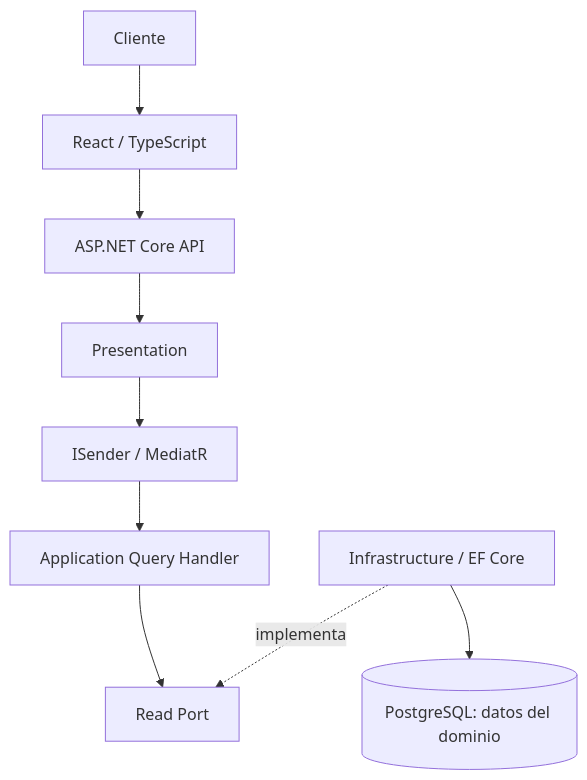
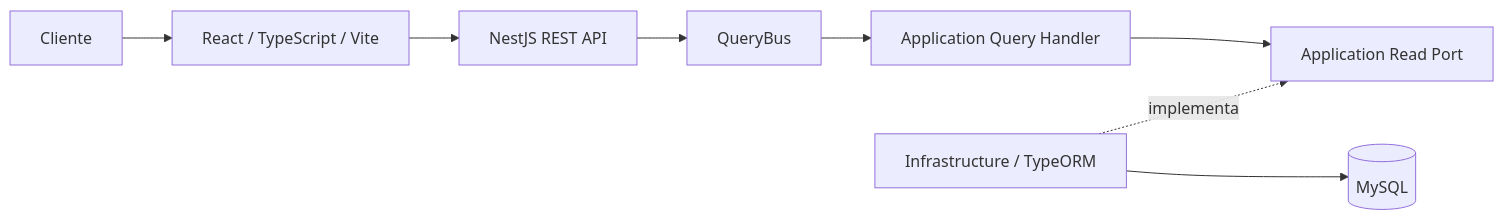
Before and after one commit to cromaticacreativa/project-cromaticacreativa-web: the first of 7 diagrams in docs/ARCHITECTURE.md, drawn with Mermaid. The commit also changed other lines of this file and 276 other files, not shown here.

````diff
--- a/docs/ARCHITECTURE.md
+++ b/docs/ARCHITECTURE.md
@@ -29,11 +69,10 @@
 ```mermaid
-flowchart TD
-    client["Cliente"] --> frontend["React / TypeScript"]
-    frontend --> api["ASP.NET Core API"]
-    api --> presentation["Presentation"]
-    presentation --> mediator["ISender / MediatR"]
-    mediator --> application["Application Query Handler"]
-    application --> ports["Read Port"]
-    infrastructure["Infrastructure / EF Core"] -. "implementa" .-> ports
-    infrastructure --> domainDatabase[("PostgreSQL: datos del dominio")]
+flowchart LR
+    cliente["Cliente"] --> react["React / TypeScript / Vite"]
+    react --> api["NestJS REST API"]
+    api --> queryBus["QueryBus"]
+    queryBus --> queryHandler["Application Query Handler"]
+    queryHandler --> readPort["Application Read Port"]
+    typeorm["Infrastructure / TypeORM"] -. "implementa" .-> readPort
+    typeorm --> mysql[("MySQL")]
 ```
````
